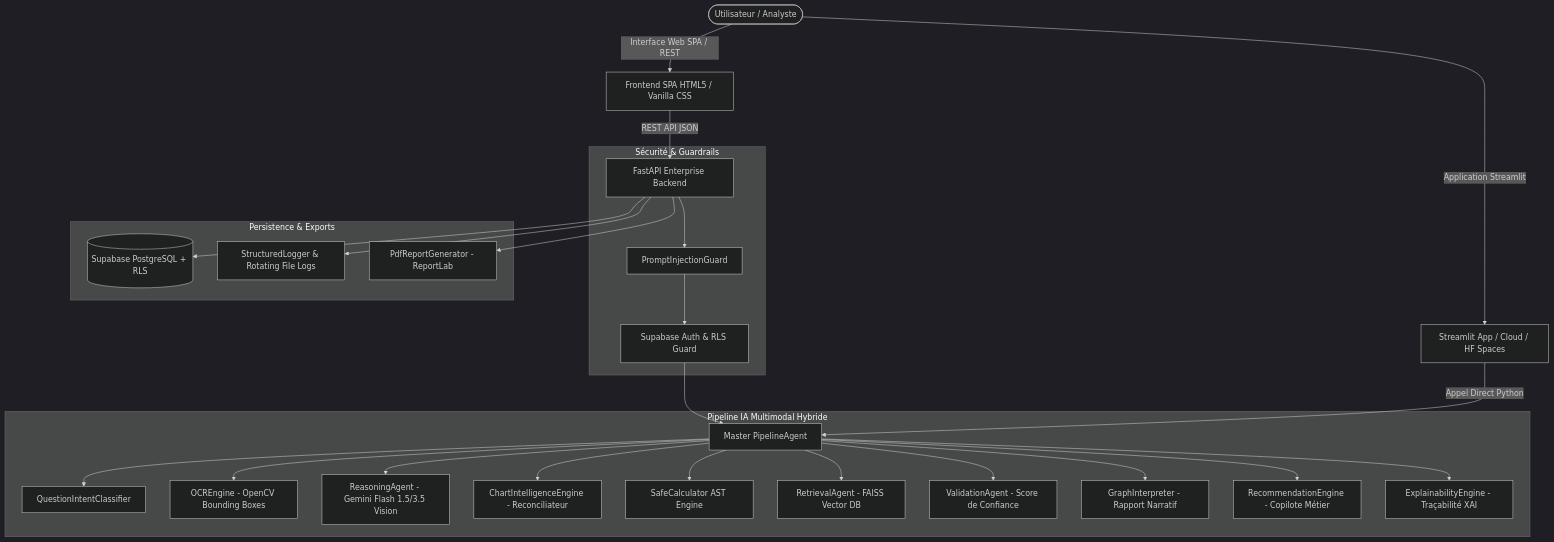
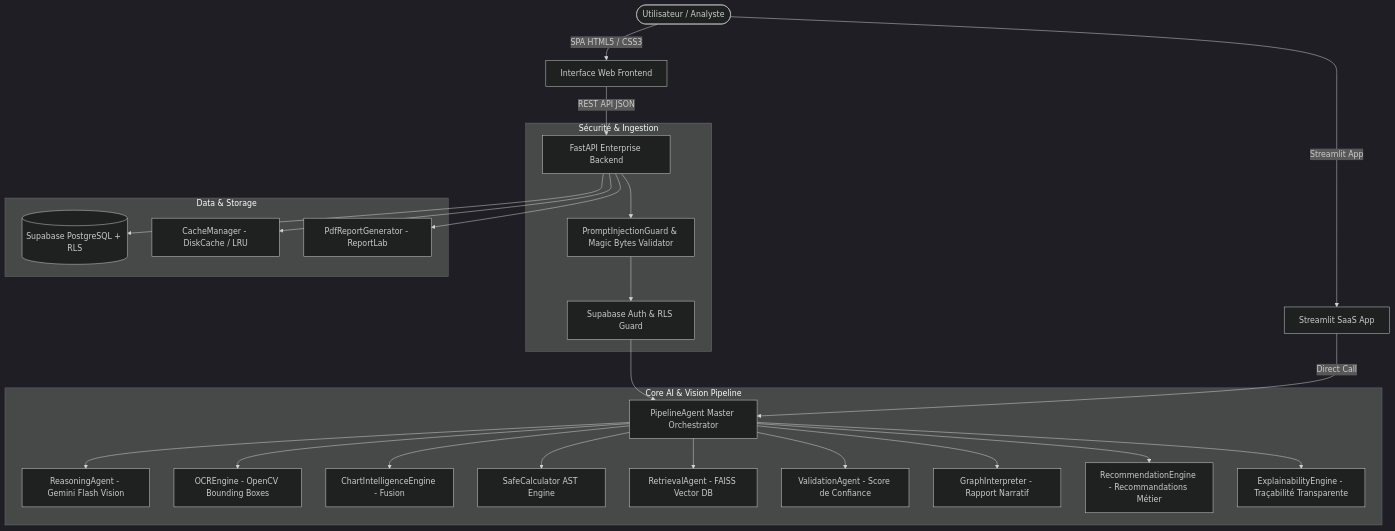
One commit to ChrisMouahe/GrapheinAI changed the diagram in README.md. Above: the diagram before and after it, drawn with Mermaid (dark theme). The commit also changed other lines of this file, not shown here.

Commit message:
docs: rewrite complete README with full architecture, pipelines, and installation guides

````diff
--- a/README.md
+++ b/README.md
@@ -56,34 +40,33 @@
 ```mermaid
 graph TD
-    User([Utilisateur / Analyste]) -->|Interface Web SPA / REST| SPA[Frontend SPA HTML5 / Vanilla CSS]
-    User -->|Application Streamlit| ST[Streamlit App / Cloud / HF Spaces]
+    User([Utilisateur / Analyste]) -->|SPA HTML5 / CSS3| Frontend[Interface Web Frontend]
+    User -->|Streamlit App| Streamlit[Streamlit SaaS App]
     
-    SPA -->|REST API JSON| API[FastAPI Enterprise Backend]
-    ST -->|Appel Direct Python| Pipeline[Master PipelineAgent]
+    Frontend -->|REST API JSON| API[FastAPI Enterprise Backend]
+    Streamlit -->|Direct Call| Master[PipelineAgent Master Orchestrator]
     
-    subgraph Sécurité & Guardrails
-        API --> Guard[PromptInjectionGuard]
+    subgraph Sécurité & Ingestion
+        API --> Guard[PromptInjectionGuard & Magic Bytes Validator]
         Guard --> Auth[Supabase Auth & RLS Guard]
     end
     
-    Auth --> Pipeline
+    Auth --> Master
     
-    subgraph Pipeline IA Multimodal Hybride
-        Pipeline --> Intent[QuestionIntentClassifier]
-        Pipeline --> OCR[OCREngine - OpenCV Bounding Boxes]
-        Pipeline --> VLM[ReasoningAgent - Gemini Flash 1.5/3.5 Vision]
-        Pipeline --> Intel[ChartIntelligenceEngine - Reconciliateur]
-        Pipeline --> AST[SafeCalculator AST Engine]
-        Pipeline --> RAG[RetrievalAgent - FAISS Vector DB]
-        Pipeline --> Validation[ValidationAgent - Score de Confiance]
-        Pipeline --> Interpreter[GraphInterpreter - Rapport Narratif]
-        Pipeline --> Recs[RecommendationEngine - Copilote Métier]
-        Pipeline --> XAI[ExplainabilityEngine - Traçabilité XAI]
+    subgraph Core AI & Vision Pipeline
+        Master --> Vision[ReasoningAgent - Gemini Flash Vision]
+        Master --> OCR[OCREngine - OpenCV Bounding Boxes]
+        Master --> Intel[ChartIntelligenceEngine - Fusion]
+        Master --> AST[SafeCalculator AST Engine]
+        Master --> RAG[RetrievalAgent - FAISS Vector DB]
+        Master --> Val[ValidationAgent - Score de Confiance]
+        Master --> Interp[GraphInterpreter - Rapport Narratif]
+        Master --> Recs[RecommendationEngine - Recommandations Métier]
+        Master --> XAI[ExplainabilityEngine - Traçabilité Transparente]
     end
     
-    subgraph Persistence & Exports
+    subgraph Data & Storage
         API --> SupaDB[(Supabase PostgreSQL + RLS)]
-        API --> Logger[StructuredLogger & Rotating File Logs]
+        API --> Cache[CacheManager - DiskCache / LRU]
         API --> PDF[PdfReportGenerator - ReportLab]
     end
 ```
````
